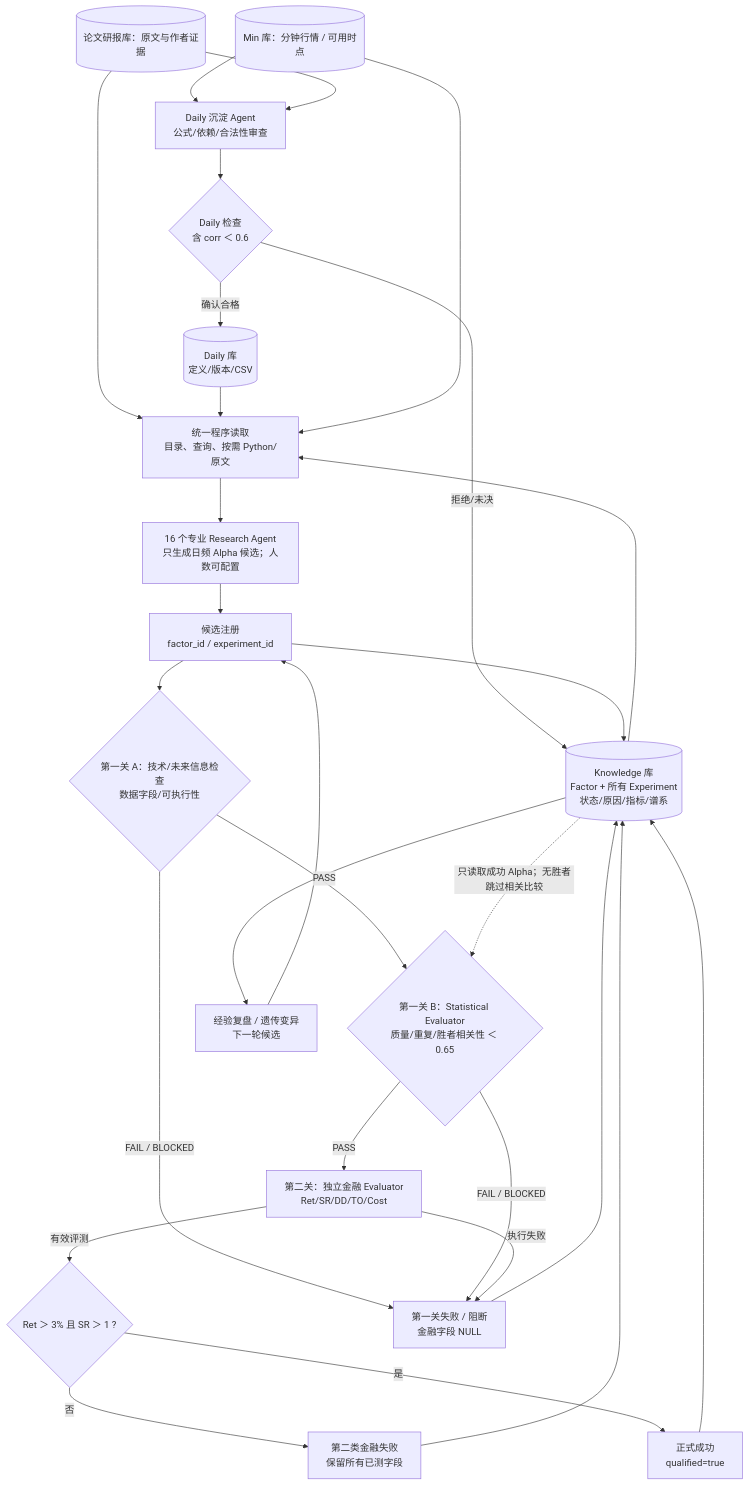
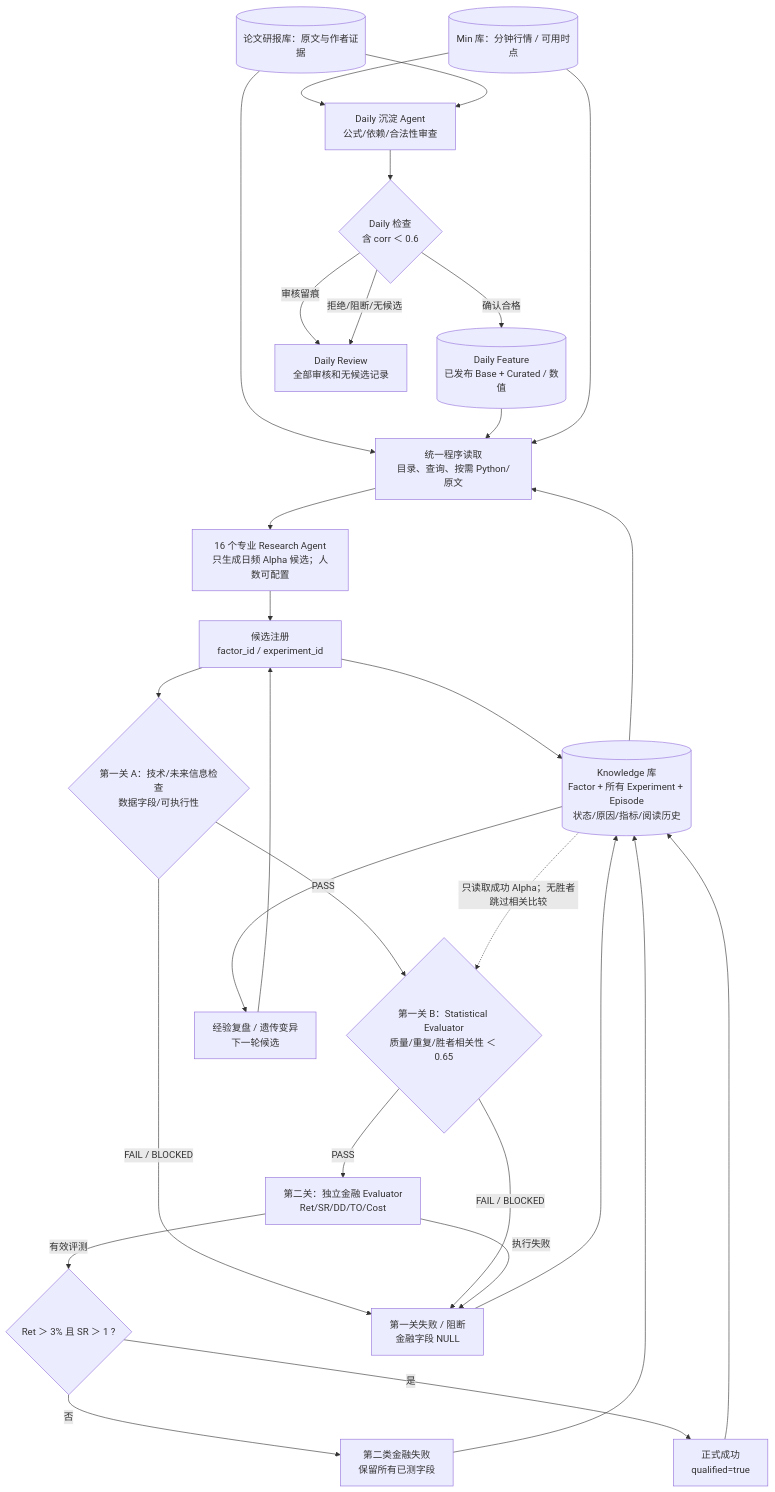
Before and after one commit to epshoron/JXwork: the diagram in shared/architecture/V1.0.1/RESEARCH_LOOP.md, drawn with Mermaid. The commit also changed other lines of this file, not shown here.

Commit message:
docs: wire four-library contract into RESEARCH_LOOP.md

````diff
--- a/shared/architecture/V1.0.1/RESEARCH_LOOP.md
+++ b/shared/architecture/V1.0.1/RESEARCH_LOOP.md
@@ -7,47 +7,49 @@
 ```mermaid
 flowchart TD
   MIN[("Min 库：分钟行情 / 可用时点")]
   PAP[("论文研报库：原文与作者证据")]
   CUR["Daily 沉淀 Agent<br/>公式/依赖/合法性审查"]
   DAG{"Daily 检查<br/>含 corr ＜ 0.6"}
-  DAILY[("Daily 库<br/>定义/版本/CSV")]
-  KNOW[("Knowledge 库<br/>Factor + 所有 Experiment<br/>状态/原因/指标/谱系")]
+  DAILY[("Daily Feature<br/>已发布 Base + Curated / 数值")]
+  KNOW[("Knowledge 库<br/>Factor + 所有 Experiment + Episode<br/>状态/原因/指标/阅读历史")]
   READER["统一程序读取<br/>目录、查询、按需 Python/原文"]
   RA["16 个专业 Research Agent<br/>只生成日频 Alpha 候选；人数可配置"]
   CAND["候选注册<br/>factor_id / experiment_id"]
   ST{"第一关 A：技术/未来信息检查<br/>数据字段/可执行性"}
   STAT{"第一关 B：Statistical Evaluator<br/>质量/重复/胜者相关性 ＜ 0.65"}
   EVAL["第二关：独立金融 Evaluator<br/>Ret/SR/DD/TO/Cost"]
   GATE{"Ret ＞ 3% 且 SR ＞ 1 ?"}
   FAIL1["第一关失败 / 阻断<br/>金融字段 NULL"]
   FAIL2["第二类金融失败<br/>保留所有已测字段"]
   OK["正式成功<br/>qualified=true"]
   EVOLVE["经验复盘 / 遗传变异<br/>下一轮候选"]
+  REVIEW["Daily Review<br/>全部审核和无候选记录"]
   MIN --> CUR
   PAP --> CUR
   CUR --> DAG
   DAG -->|"确认合格"| DAILY
-  DAG -->|"拒绝/未决"| KNOW
+  DAG -->|"审核留痕"| REVIEW
+  DAG -->|"拒绝/阻断/无候选"| REVIEW
   PAP --> READER
   DAILY --> READER
   KNOW --> READER
   MIN --> READER
   READER --> RA
   RA --> CAND
   CAND --> KNOW
   CAND --> ST
   ST -->|"FAIL / BLOCKED"| FAIL1
   ST -->|"PASS"| STAT
   STAT -->|"PASS"| EVAL
   STAT -->|"FAIL / BLOCKED"| FAIL1
   KNOW -.->|"只读取成功 Alpha；无胜者跳过相关比较"| STAT
   EVAL -->|"有效评测"| GATE
   EVAL -->|"执行失败"| FAIL1
   GATE -->|"否"| FAIL2
   GATE -->|"是"| OK
   FAIL1 --> KNOW
   FAIL2 --> KNOW
   OK --> KNOW
   KNOW --> EVOLVE
   EVOLVE --> CAND
 ```
````
